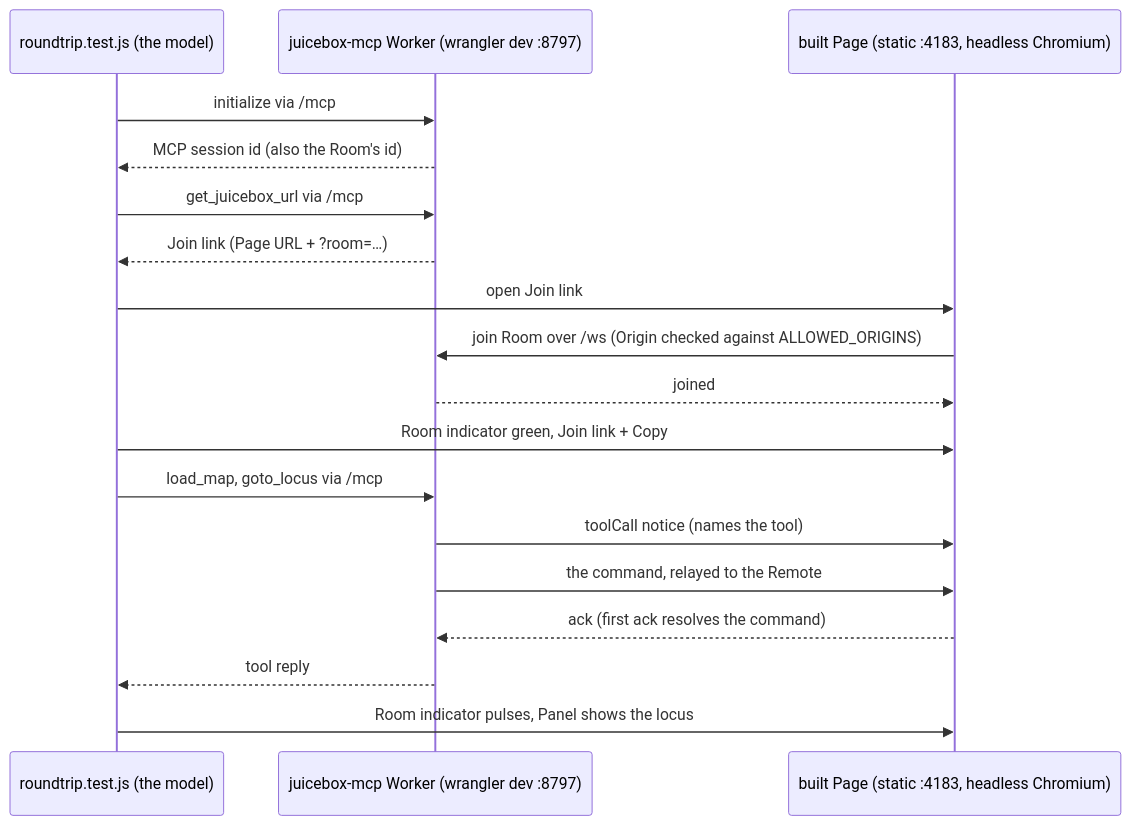
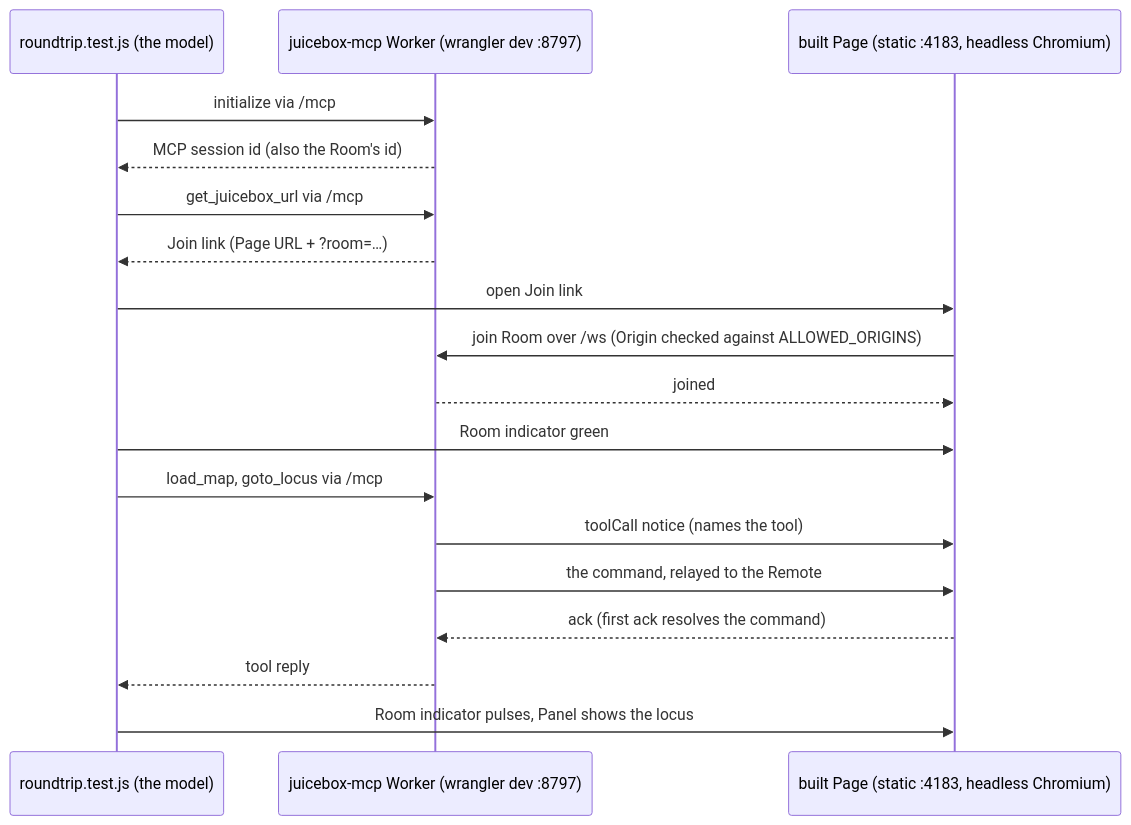
One commit to aidenlab/juicebox-view changed the diagram in docs/roundtrip.md. Above: the diagram before and after it, drawn with Mermaid. The commit also changed 13 other files, not shown here.

First line of the commit message:
Remove the Join link and its Copy button from the Header

````diff
--- a/docs/roundtrip.md
+++ b/docs/roundtrip.md
@@ -13,22 +13,22 @@
 ```mermaid
 sequenceDiagram
     participant Test as roundtrip.test.js (the model)
     participant Worker as juicebox-mcp Worker (wrangler dev :8797)
     participant Page as built Page (static :4183, headless Chromium)
 
     Test->>Worker: initialize via /mcp
     Worker-->>Test: MCP session id (also the Room's id)
     Test->>Worker: get_juicebox_url via /mcp
     Worker-->>Test: Join link (Page URL + ?room=…)
     Test->>Page: open Join link
     Page->>Worker: join Room over /ws (Origin checked against ALLOWED_ORIGINS)
     Worker-->>Page: joined
-    Test->>Page: Room indicator green, Join link + Copy
+    Test->>Page: Room indicator green
 
     Test->>Worker: load_map, goto_locus via /mcp
     Worker->>Page: toolCall notice (names the tool)
     Worker->>Page: the command, relayed to the Remote
     Page-->>Worker: ack (first ack resolves the command)
     Worker-->>Test: tool reply
     Test->>Page: Room indicator pulses, Panel shows the locus
 ```
````
